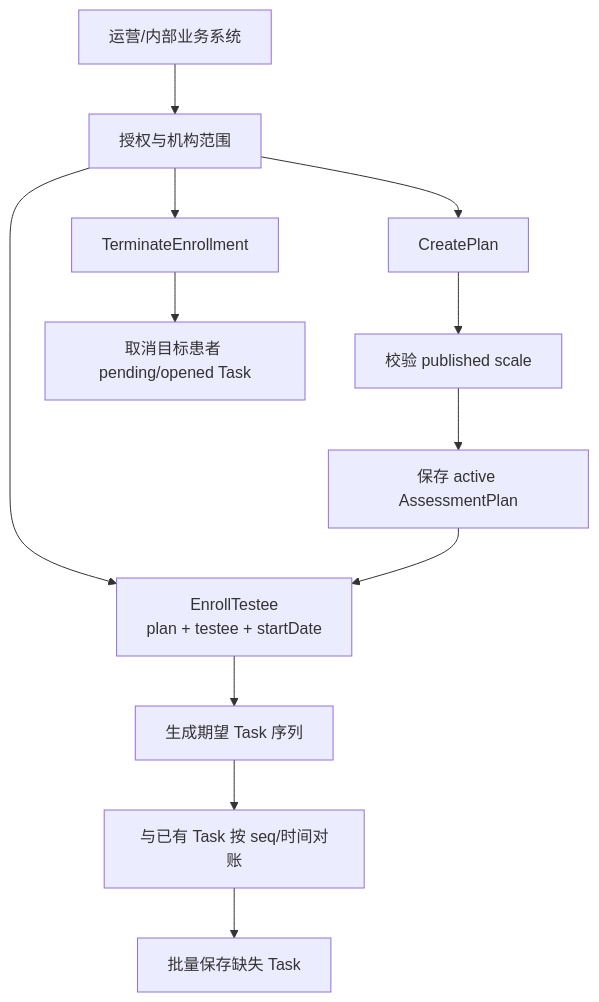
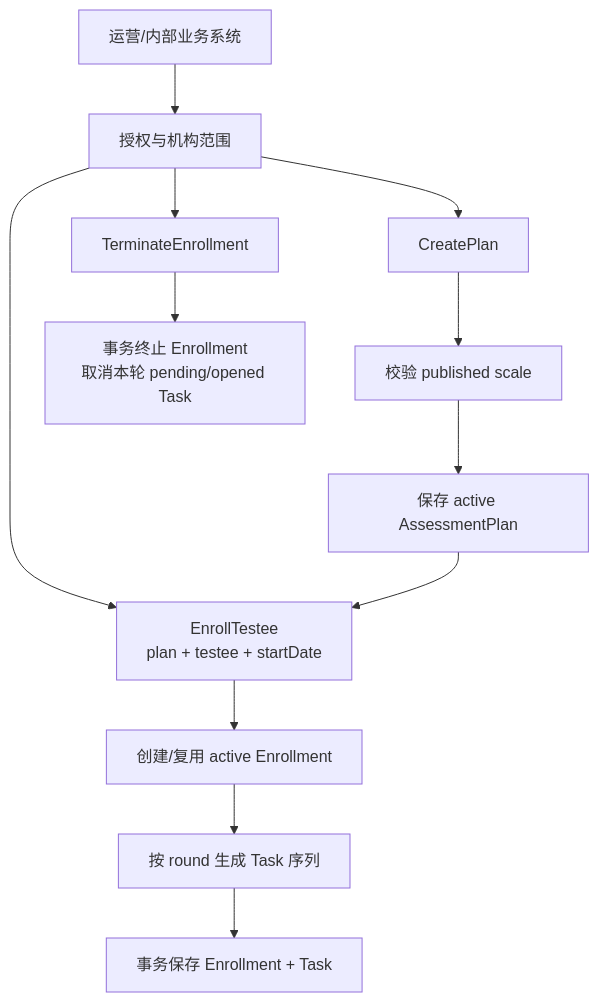
One commit to FangcunMount/qs-server changed the first of 3 diagrams in docs/02-业务模块/60-plan/30-关键链路-计划创建、患者加入与终止.md. Above: the diagram before and after it, drawn with Mermaid. The commit also changed other lines of this file and 16 other files, not shown here.

````diff
--- a/docs/02-业务模块/60-plan/30-关键链路-计划创建、患者加入与终止.md
+++ b/docs/02-业务模块/60-plan/30-关键链路-计划创建、患者加入与终止.md
@@ -33,20 +33,20 @@
 ```mermaid
 flowchart TD
     O["运营/内部业务系统"]
     A["授权与机构范围"]
     C["CreatePlan"]
     M["校验 published scale"]
     P["保存 active AssessmentPlan"]
     E["EnrollTestee\nplan + testee + startDate"]
-    G["生成期望 Task 序列"]
-    R["与已有 Task 按 seq/时间对账"]
-    B["批量保存缺失 Task"]
+    N["创建/复用 active Enrollment"]
+    G["按 round 生成 Task 序列"]
+    B["事务保存 Enrollment + Task"]
     T["TerminateEnrollment"]
-    X["取消目标患者 pending/opened Task"]
+    X["事务终止 Enrollment\n取消本轮 pending/opened Task"]
 
     O --> A
     A --> C --> M --> P
-    A --> E --> G --> R --> B
+    A --> E --> N --> G --> B
     A --> T --> X
     P --> E
 ```
````
